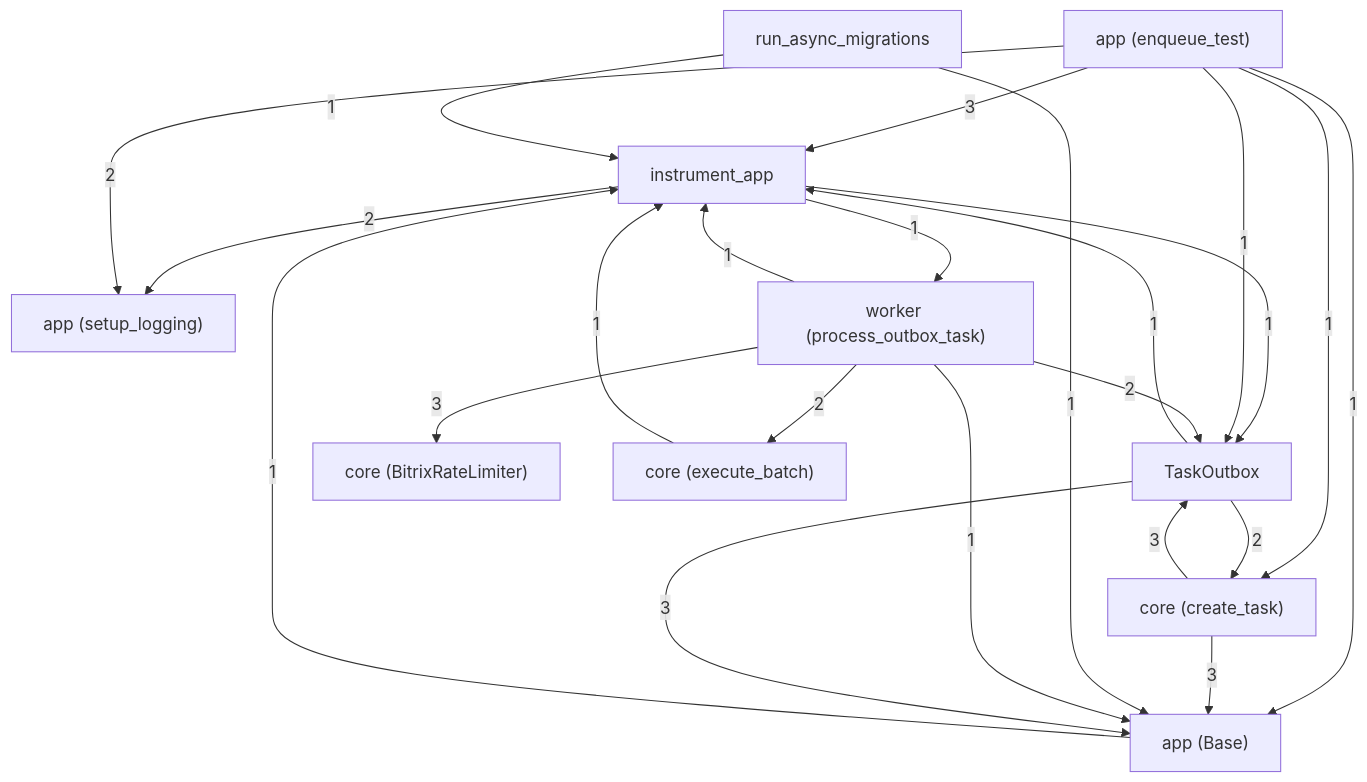
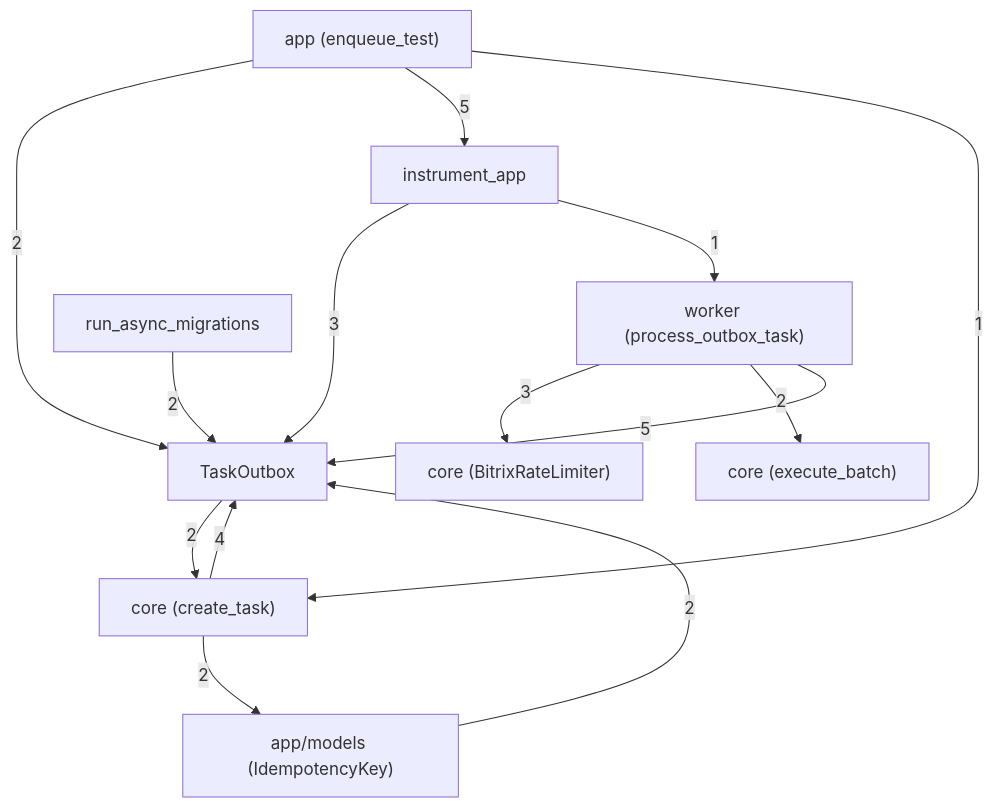
One commit to managervsop-blip/fastapi_project changed the diagram in .codegraph/AGENT_PROMPT.md. Above: the diagram before and after it, drawn with Mermaid. The commit also changed other lines of this file and 59 other files, not shown here.

````diff
--- a/.codegraph/AGENT_PROMPT.md
+++ b/.codegraph/AGENT_PROMPT.md
@@ -36,25 +37,16 @@
 ```mermaid
 flowchart TD
-  comp_1["instrument_app"] -->|2| comp_15["app (setup_logging)"]
-  comp_1["instrument_app"] -->|1| comp_8["TaskOutbox"]
-  comp_1["instrument_app"] -->|1| comp_7["worker (process_outbox_task)"]
-  comp_2["app (enqueue_test)"] -->|1| comp_5["app (Base)"]
-  comp_2["app (enqueue_test)"] -->|1| comp_8["TaskOutbox"]
-  comp_2["app (enqueue_test)"] -->|3| comp_1["instrument_app"]
-  comp_2["app (enqueue_test)"] -->|2| comp_15["app (setup_logging)"]
-  comp_2["app (enqueue_test)"] -->|1| comp_3["core (create_task)"]
-  comp_3["core (create_task)"] -->|3| comp_5["app (Base)"]
-  comp_3["core (create_task)"] -->|3| comp_8["TaskOutbox"]
-  comp_4["run_async_migrations"] -->|1| comp_1["instrument_app"]
-  comp_4["run_async_migrations"] -->|1| comp_5["app (Base)"]
-  comp_5["app (Base)"] -->|1| comp_1["instrument_app"]
-  comp_7["worker (process_outbox_task)"] -->|3| comp_6["core (BitrixRateLimiter)"]
-  comp_7["worker (process_outbox_task)"] -->|2| comp_16["core (execute_batch)"]
-  comp_7["worker (process_outbox_task)"] -->|1| comp_5["app (Base)"]
-  comp_7["worker (process_outbox_task)"] -->|2| comp_8["TaskOutbox"]
-  comp_7["worker (process_outbox_task)"] -->|1| comp_1["instrument_app"]
-  comp_8["TaskOutbox"] -->|1| comp_1["instrument_app"]
-  comp_8["TaskOutbox"] -->|3| comp_5["app (Base)"]
-  comp_8["TaskOutbox"] -->|2| comp_3["core (create_task)"]
-  comp_16["core (execute_batch)"] -->|1| comp_1["instrument_app"]
+  comp_1["TaskOutbox"] -->|2| comp_4["core (create_task)"]
+  comp_2["instrument_app"] -->|3| comp_1["TaskOutbox"]
+  comp_2["instrument_app"] -->|1| comp_6["worker (process_outbox_task)"]
+  comp_3["app (enqueue_test)"] -->|2| comp_1["TaskOutbox"]
+  comp_3["app (enqueue_test)"] -->|5| comp_2["instrument_app"]
+  comp_3["app (enqueue_test)"] -->|1| comp_4["core (create_task)"]
+  comp_4["core (create_task)"] -->|4| comp_1["TaskOutbox"]
+  comp_4["core (create_task)"] -->|2| comp_16["app/models (IdempotencyKey)"]
+  comp_5["run_async_migrations"] -->|2| comp_1["TaskOutbox"]
+  comp_6["worker (process_outbox_task)"] -->|3| comp_7["core (BitrixRateLimiter)"]
+  comp_6["worker (process_outbox_task)"] -->|2| comp_17["core (execute_batch)"]
+  comp_6["worker (process_outbox_task)"] -->|5| comp_1["TaskOutbox"]
+  comp_16["app/models (IdempotencyKey)"] -->|2| comp_1["TaskOutbox"]
 ```
````
